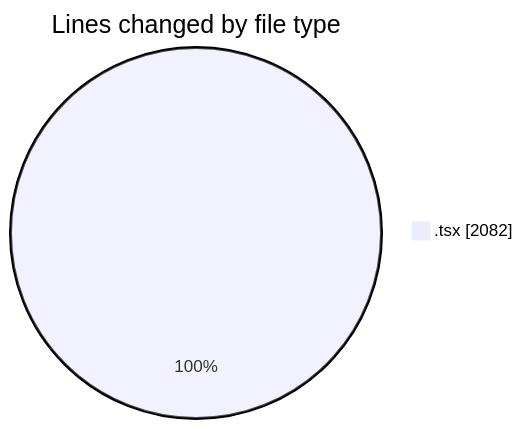
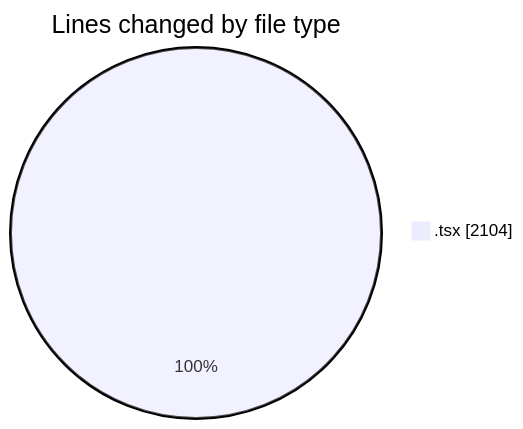
Before and after one commit to nxtqubesakshisongat/code-tracking: the first of 2 diagrams in 2026-04-09/airfeed-analytics-dashboard/README.md, drawn with Mermaid. The commit also changed other lines of this file and 1 other file, not shown here.

````diff
--- a/2026-04-09/airfeed-analytics-dashboard/README.md
+++ b/2026-04-09/airfeed-analytics-dashboard/README.md
@@ -26,5 +26,5 @@
 ```mermaid
 pie showData
 title Lines changed by file type
-".tsx" : 2082
+".tsx" : 2104
 ```
````
